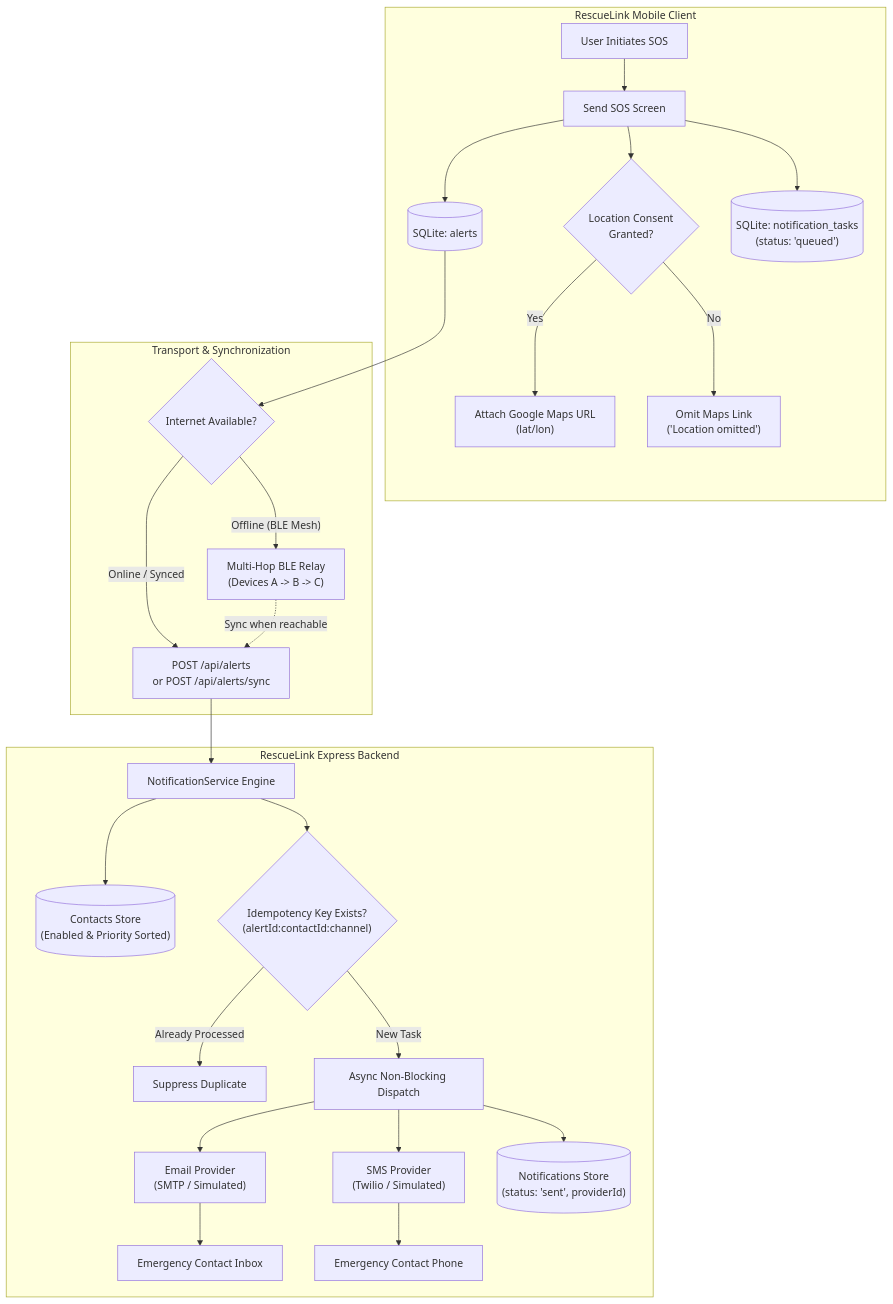
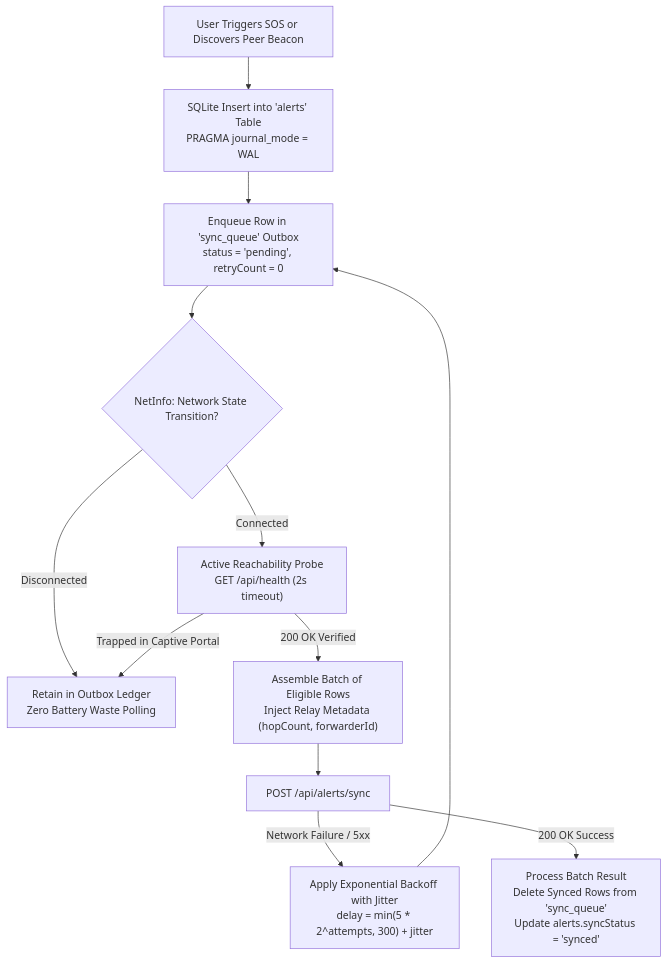
The third of 4 diagrams in README.md (VIJAYAPANDIANT/rescue-link-offline-emergency-sos), drawn with Mermaid before and after one commit. The commit also changed other lines of this file and 12 other files, not shown here.

````diff
--- a/README.md
+++ b/README.md
@@ -815,31 +250,14 @@
 ```mermaid
-graph TD
-    subgraph Client ["RescueLink Mobile Client"]
-        User["User Initiates SOS"] --> Composer["Send SOS Screen"]
-        Composer --> Consent{"Location Consent<br/>Granted?"}
-        Consent -- Yes --> MapLink["Attach Google Maps URL<br/>(lat/lon)"]
-        Consent -- No --> NoMap["Omit Maps Link<br/>('Location omitted')"]
-        Composer --> SQLiteAlert[("SQLite: alerts")]
-        Composer --> SQLiteNotif[("SQLite: notification_tasks<br/>(status: 'queued')")]
-    end
-
-    subgraph SyncGate ["Transport & Synchronization"]
-        SQLiteAlert --> NetDecision{"Internet Available?"}
-        NetDecision -- "Offline (BLE Mesh)" --> MeshRelay["Multi-Hop BLE Relay<br/>(Devices A -> B -> C)"]
-        NetDecision -- "Online / Synced" --> CloudAPI["POST /api/alerts<br/>or POST /api/alerts/sync"]
-        MeshRelay -. "Sync when reachable" .-> CloudAPI
-    end
-
-    subgraph Backend ["RescueLink Express Backend"]
-        CloudAPI --> NotifService["NotificationService Engine"]
-        NotifService --> ContactStore[("Contacts Store<br/>(Enabled & Priority Sorted)")]
-        NotifService --> IdempCheck{"Idempotency Key Exists?<br/>(alertId:contactId:channel)"}
-        IdempCheck -- "Already Processed" --> Skip["Suppress Duplicate"]
-        IdempCheck -- "New Task" --> Dispatch["Async Non-Blocking Dispatch"]
-        Dispatch --> EmailProv["Email Provider<br/>(SMTP / Simulated)"]
-        Dispatch --> SMSProv["SMS Provider<br/>(Twilio / Simulated)"]
-        EmailProv --> EmailDest["Emergency Contact Inbox"]
-        SMSProv --> SMSDest["Emergency Contact Phone"]
-        Dispatch --> NotifStore[("Notifications Store<br/>(status: 'sent', providerId)")]
-    end
+flowchart TD
+    A["User Triggers SOS or Discovers Peer Beacon"] --> B["SQLite Insert into 'alerts' Table<br/>PRAGMA journal_mode = WAL"]
+    B --> C["Enqueue Row in 'sync_queue' Outbox<br/>status = 'pending', retryCount = 0"]
+    C --> D{"NetInfo: Network State Transition?"}
+    D -- Disconnected --> E["Retain in Outbox Ledger<br/>Zero Battery Waste Polling"]
+    D -- Connected --> F["Active Reachability Probe<br/>GET /api/health (2s timeout)"]
+    F -- Trapped in Captive Portal --> E
+    F -- 200 OK Verified --> G["Assemble Batch of Eligible Rows<br/>Inject Relay Metadata (hopCount, forwarderId)"]
+    G --> H["POST /api/alerts/sync"]
+    H -- Network Failure / 5xx --> I["Apply Exponential Backoff with Jitter<br/>delay = min(5 * 2^attempts, 300) + jitter"]
+    I --> C
+    H -- 200 OK Success --> J["Process Batch Result<br/>Delete Synced Rows from 'sync_queue'<br/>Update alerts.syncStatus = 'synced'"]
 ```
````
